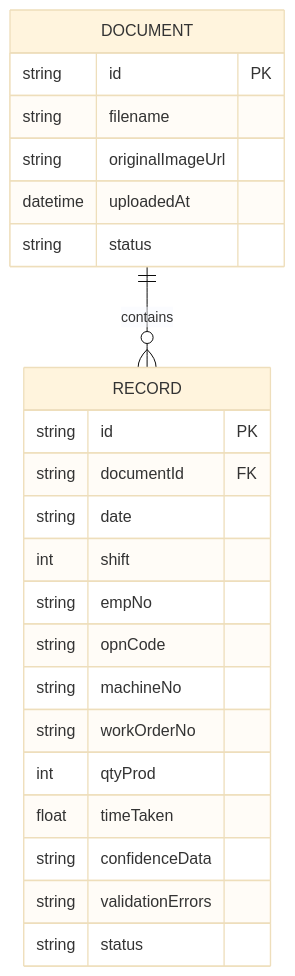
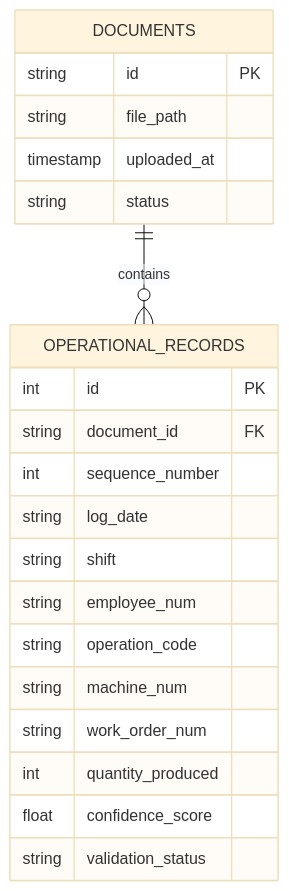
One commit to nanthitha25/biztelai changed the third of 8 diagrams in README.md. Above: the diagram before and after it, drawn with Mermaid (base theme). The commit also changed other lines of this file, not shown here.

Commit message:
docs: Add Architecture diagram and expand Sequence diagrams

````diff
--- a/README.md
+++ b/README.md
@@ -62,26 +85,24 @@
 ```mermaid
 erDiagram
-    DOCUMENT {
+    DOCUMENTS {
         string id PK
-        string filename
-        string originalImageUrl
-        datetime uploadedAt
+        string file_path
+        timestamp uploaded_at
         string status
     }
-    RECORD {
-        string id PK
-        string documentId FK
-        string date
-        int shift
-        string empNo
-        string opnCode
-        string machineNo
-        string workOrderNo
-        int qtyProd
-        float timeTaken
-        string confidenceData
-        string validationErrors
-        string status
+    OPERATIONAL_RECORDS {
+        int id PK
+        string document_id FK
+        int sequence_number
+        string log_date
+        string shift
+        string employee_num
+        string operation_code
+        string machine_num
+        string work_order_num
+        int quantity_produced
+        float confidence_score
+        string validation_status
     }
-    DOCUMENT ||--o{ RECORD : "contains"
+    DOCUMENTS ||--o{ OPERATIONAL_RECORDS : "contains"
 ```
````
